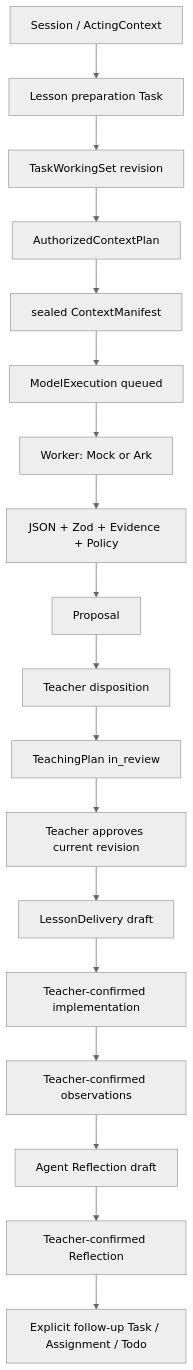
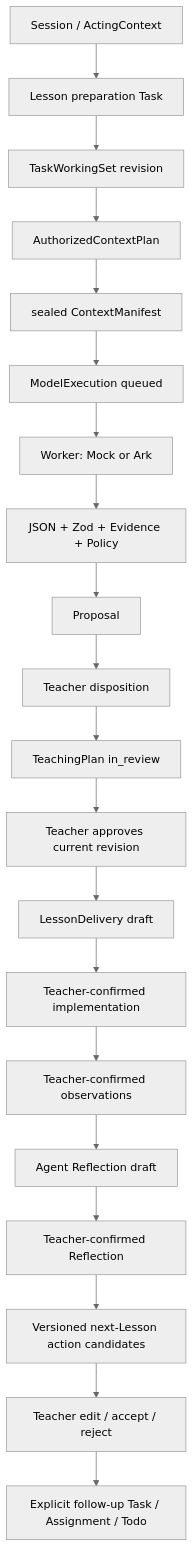
The second of 5 diagrams in docs/architecture.md (CrystalDavid/Edu-Agent), drawn with Mermaid (neutral theme) before and after one commit. The commit also changed other lines of this file and 6 other files, not shown here.

Commit message:
docs: report next lesson optimization closure

````diff
--- a/docs/architecture.md
+++ b/docs/architecture.md
@@ -116,20 +116,22 @@
 ```mermaid
 flowchart TD
     LOGIN["Session / ActingContext"] --> TASK["Lesson preparation Task"]
     TASK --> WS["TaskWorkingSet revision"]
     WS --> ACP["AuthorizedContextPlan"]
     ACP --> CM["sealed ContextManifest"]
     CM --> ME["ModelExecution queued"]
     ME --> MW["Worker: Mock or Ark"]
     MW --> VALIDATE["JSON + Zod + Evidence + Policy"]
     VALIDATE --> PROPOSAL["Proposal"]
     PROPOSAL --> REVIEW["Teacher disposition"]
     REVIEW --> PLAN["TeachingPlan in_review"]
     PLAN --> APPROVE["Teacher approves current revision"]
     APPROVE --> DELIVERY["LessonDelivery draft"]
     DELIVERY --> CONFIRM["Teacher-confirmed implementation"]
     CONFIRM --> OBS["Teacher-confirmed observations"]
     OBS --> REFLECT["Agent Reflection draft"]
     REFLECT --> RCONFIRM["Teacher-confirmed Reflection"]
-    RCONFIRM --> FOLLOW["Explicit follow-up Task / Assignment / Todo"]
+    RCONFIRM --> CANDIDATE["Versioned next-Lesson action candidates"]
+    CANDIDATE --> DECISION["Teacher edit / accept / reject"]
+    DECISION --> FOLLOW["Explicit follow-up Task / Assignment / Todo"]
 ```
````
